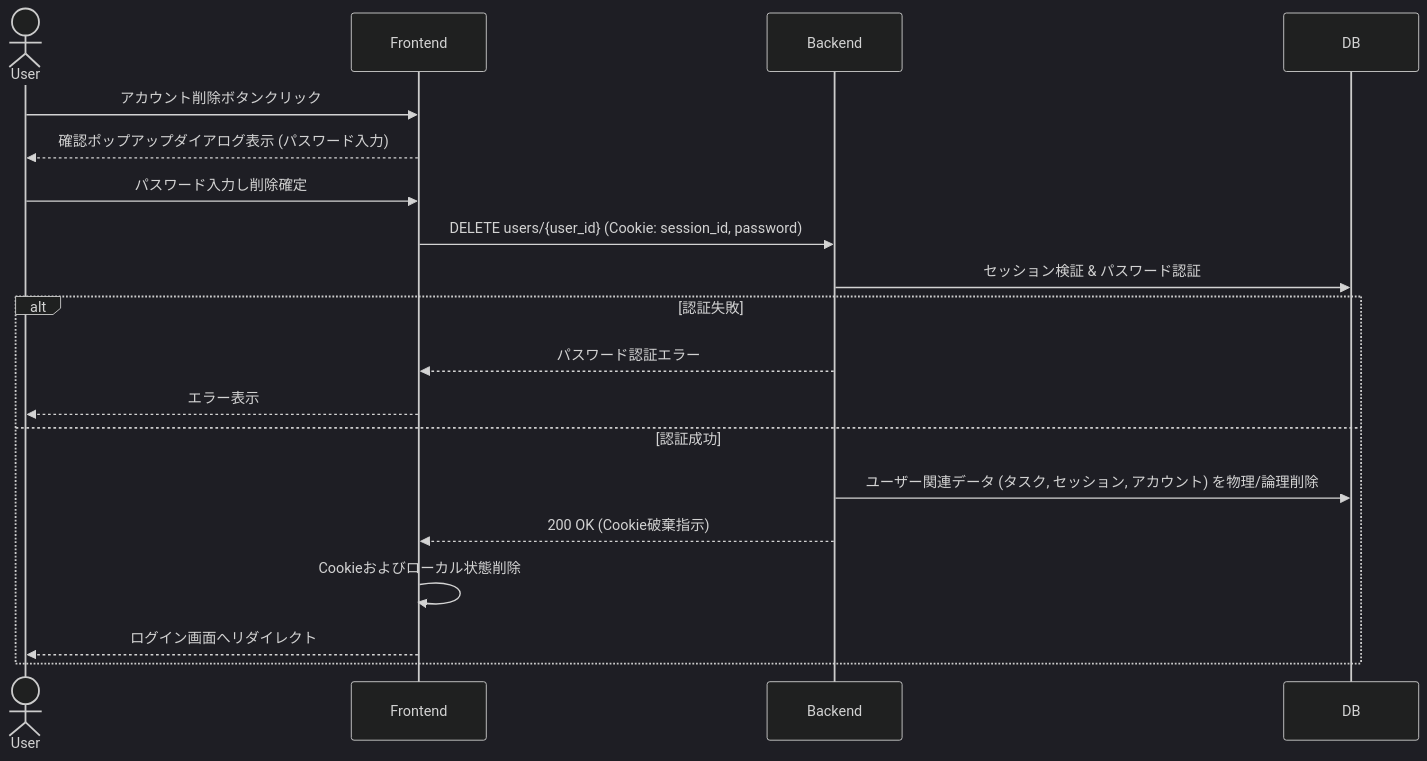
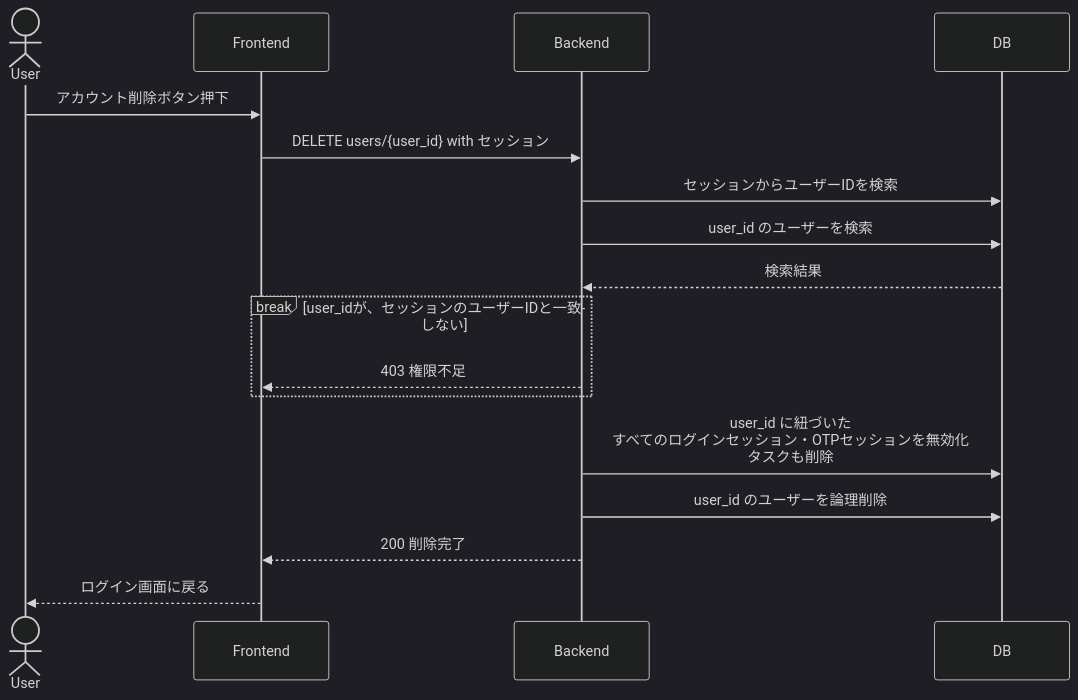
Before and after one commit to TUS-TI-dev-team/SyncTask: the third of 9 diagrams in docs/process_design.md, drawn with Mermaid (dark theme). The commit also changed other lines of this file, not shown here.

````diff
--- a/docs/process_design.md
+++ b/docs/process_design.md
@@ -104,22 +119,20 @@
 ```mermaid
 sequenceDiagram
 	actor User
 	participant Frontend
 	participant Backend
 	participant DB
-
-	User->>Frontend: アカウント削除ボタンクリック
-	Frontend-->>User: 確認ポップアップダイアログ表示 (パスワード入力)
-	User->>Frontend: パスワード入力し削除確定
-	Frontend->>Backend: DELETE users/{user_id} (Cookie: session_id, password)
-	Backend->>DB: セッション検証 & パスワード認証
-	alt 認証失敗
-		Backend-->>Frontend: パスワード認証エラー
-		Frontend-->>User: エラー表示
-	else 認証成功
-		Backend->>DB: ユーザー関連データ (タスク, セッション, アカウント) を物理/論理削除
-		Backend-->>Frontend: 200 OK (Cookie破棄指示)
-		Frontend->>Frontend: Cookieおよびローカル状態削除
-		Frontend-->>User: ログイン画面へリダイレクト
+	
+	User->>Frontend: アカウント削除ボタン押下
+	Frontend->>Backend: DELETE users/{user_id} with セッション
+	Backend->>DB: セッションからユーザーIDを検索
+	Backend->>DB: user_id のユーザーを検索
+	DB-->>Backend: 検索結果
+	break user_idが、セッションのユーザーIDと一致しない
+		Backend-->>Frontend: 403 権限不足
 	end
+	Backend->>DB: user_id に紐づいた<br>すべてのログインセッション・OTPセッションを無効化<br>タスクも削除
+	Backend->>DB: user_id のユーザーを論理削除
+	Backend-->>Frontend: 200 削除完了
+	Frontend-->>User: ログイン画面に戻る
 ```
````
